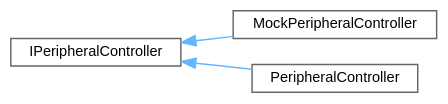
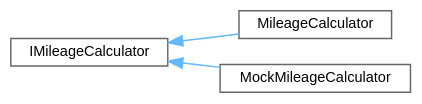
The diagram in docs/docs/inherit_graph_10.dot (SEAME-pt/2024-2025-HotWheels), drawn with Graphviz before and after one commit. The commit also changed 812 other files, not shown here.

```diff
--- a/docs/docs/inherit_graph_10.dot
+++ b/docs/docs/inherit_graph_10.dot
@@ -1,13 +1,13 @@
 digraph "Graphical Class Hierarchy"
 {
  // LATEX_PDF_SIZE
   bgcolor="transparent";
   edge [fontname=Helvetica,fontsize=10,labelfontname=Helvetica,labelfontsize=10];
   node [fontname=Helvetica,fontsize=10,shape=box,height=0.2,width=0.4];
   rankdir="LR";
-  Node0 [id="Node000000",label="IPeripheralController",height=0.2,width=0.4,color="grey40", fillcolor="white", style="filled",URL="$classIPeripheralController.html",tooltip="Interface for the peripheral controller."];
-  Node0 -> Node1 [id="edge48_Node000000_Node000001",dir="back",color="steelblue1",style="solid",tooltip=" "];
-  Node1 [id="Node000001",label="MockPeripheralController",height=0.2,width=0.4,color="grey40", fillcolor="white", style="filled",URL="$classMockPeripheralController.html",tooltip="Class to emulate the behavior of the peripheral controller."];
-  Node0 -> Node2 [id="edge49_Node000000_Node000002",dir="back",color="steelblue1",style="solid",tooltip=" "];
-  Node2 [id="Node000002",label="PeripheralController",height=0.2,width=0.4,color="grey40", fillcolor="white", style="filled",URL="$classPeripheralController.html",tooltip="The PeripheralController class."];
+  Node0 [id="Node000000",label="IMileageCalculator",height=0.2,width=0.4,color="grey40", fillcolor="white", style="filled",URL="$classIMileageCalculator.html",tooltip="Interface for calculating the mileage of a vehicle."];
+  Node0 -> Node1 [id="edge7_Node000000_Node000001",dir="back",color="steelblue1",style="solid",tooltip=" "];
+  Node1 [id="Node000001",label="MileageCalculator",height=0.2,width=0.4,color="grey40", fillcolor="white", style="filled",URL="$classMileageCalculator.html",tooltip="Class that calculates the total distance traveled based on speed measurements."];
+  Node0 -> Node2 [id="edge8_Node000000_Node000002",dir="back",color="steelblue1",style="solid",tooltip=" "];
+  Node2 [id="Node000002",label="MockMileageCalculator",height=0.2,width=0.4,color="grey40", fillcolor="white", style="filled",URL="$classMockMileageCalculator.html",tooltip="Class to emulate the behavior of the MileageCalculator class."];
 }
```
